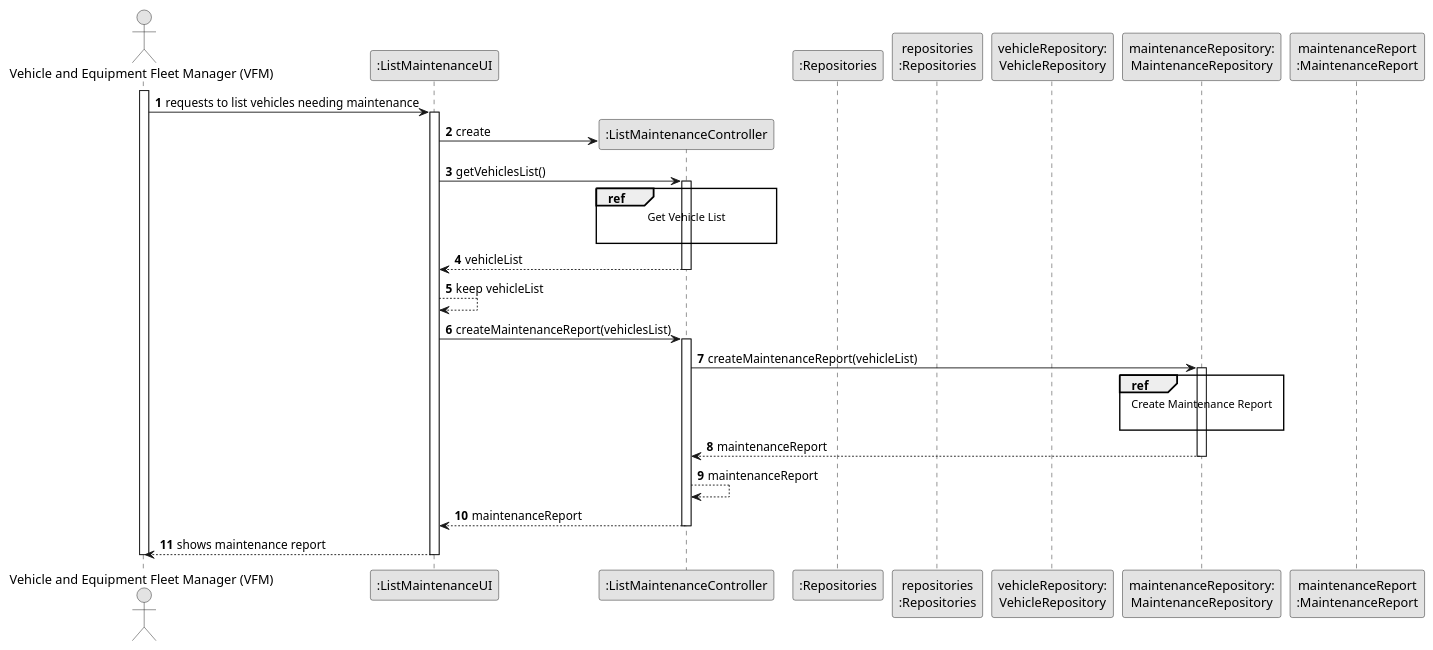
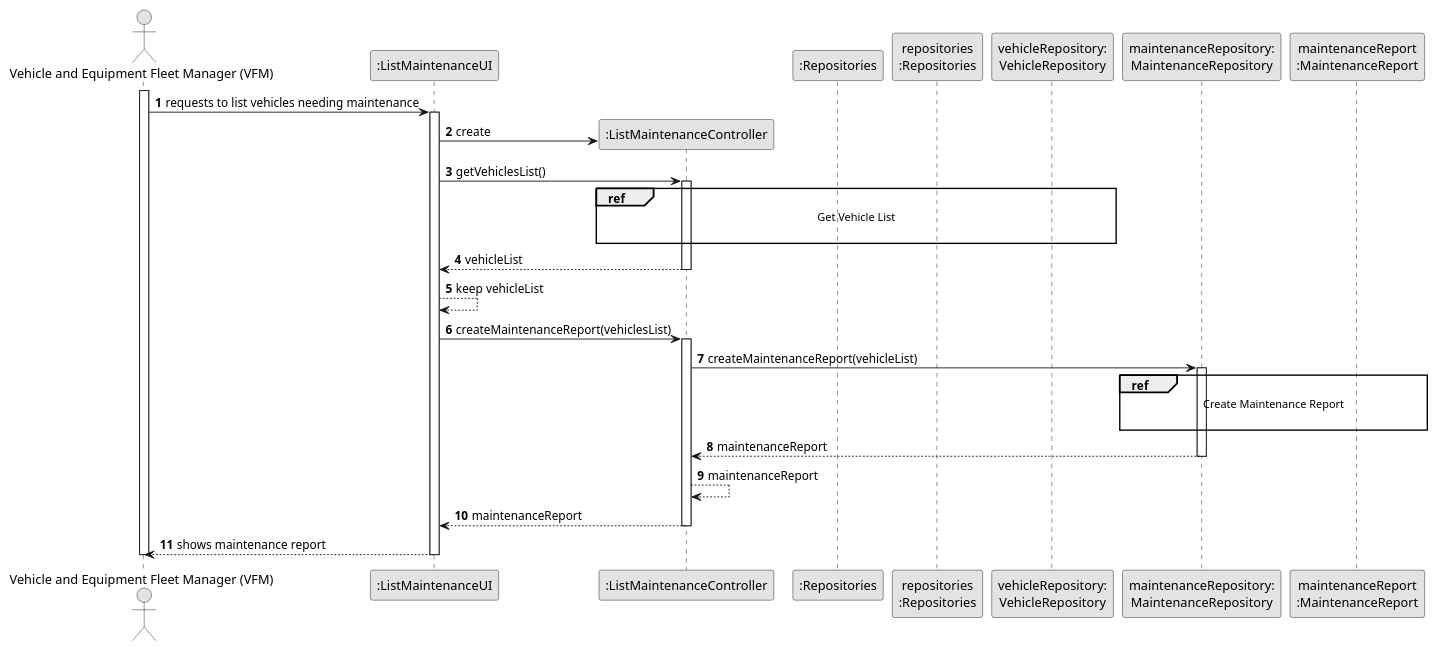
One commit to ricardomm7/leaflink changed the diagram in docs/sprintB/us008/03.design/puml/us008-sequence-diagram-split.puml. Above: the diagram before and after it, drawn with PlantUML. The commit also changed 15 other files, not shown here.

```diff
--- a/docs/sprintB/us008/03.design/puml/us008-sequence-diagram-split.puml
+++ b/docs/sprintB/us008/03.design/puml/us008-sequence-diagram-split.puml
@@ -1,63 +1,62 @@
 @startuml
 skinparam monochrome true
 skinparam packageStyle rectangle
 skinparam shadowing false
 
 
 autonumber
 
 'hide footbox
 actor "Vehicle and Equipment Fleet Manager (VFM)" as VFM
 participant ":ListMaintenanceUI" as UI
 participant ":ListMaintenanceController" as CTRL
 participant ":Repositories" as RepositorySingleton
 participant "repositories\n:Repositories" as PLAT
 participant "vehicleRepository:\nVehicleRepository" as VehicleRepository
 participant "maintenanceRepository:\nMaintenanceRepository" as MaintenanceRepository
 participant "maintenanceReport\n:MaintenanceReport" as MaintenanceReport
-
 activate VFM
 
     VFM -> UI : requests to list vehicles needing maintenance
     activate UI
 
         UI -> CTRL** : create
 
         UI -> CTRL : getVehiclesList()
         activate CTRL
 
-            ref over CTRL
+            ref over CTRL, VehicleRepository,PLAT, RepositorySingleton
                         Get Vehicle List
 
             end ref
 
             CTRL --> UI : vehicleList
         deactivate CTRL
 
         UI --> UI : keep vehicleList
 
         UI -> CTRL : createMaintenanceReport(vehiclesList)
         activate CTRL
 
         CTRL -> MaintenanceRepository: createMaintenanceReport(vehicleList)
         activate MaintenanceRepository
 
-            ref over MaintenanceRepository
+            ref over MaintenanceRepository, MaintenanceReport
                     Create Maintenance Report
 
             end ref
         MaintenanceRepository --> CTRL: maintenanceReport
         deactivate MaintenanceRepository
 
         CTRL --> CTRL : maintenanceReport
 
 
             CTRL --> UI : maintenanceReport
         deactivate CTRL
 
         UI --> VFM : shows maintenance report
     deactivate UI
 
 deactivate VFM
 
 @enduml
```
